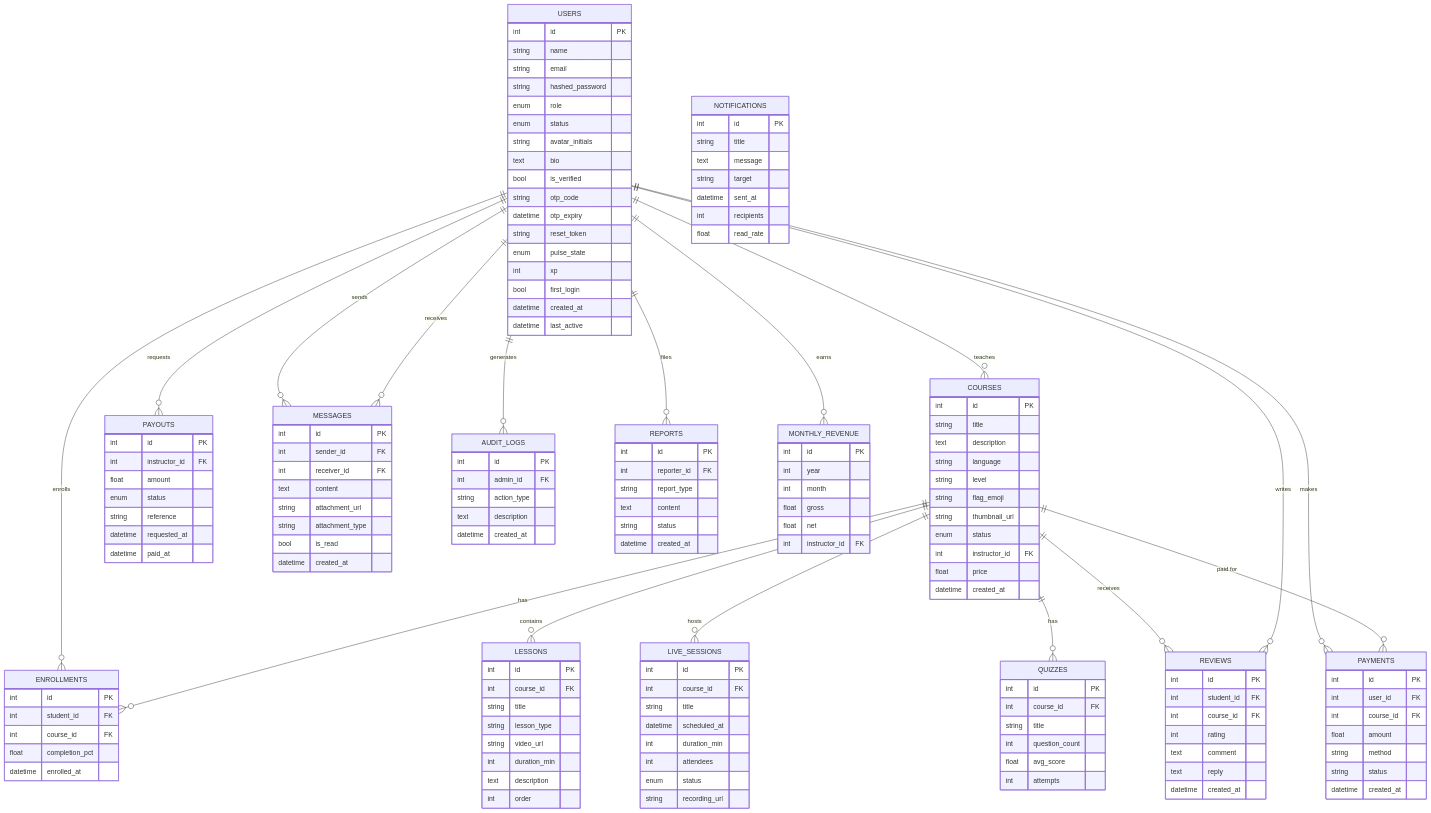
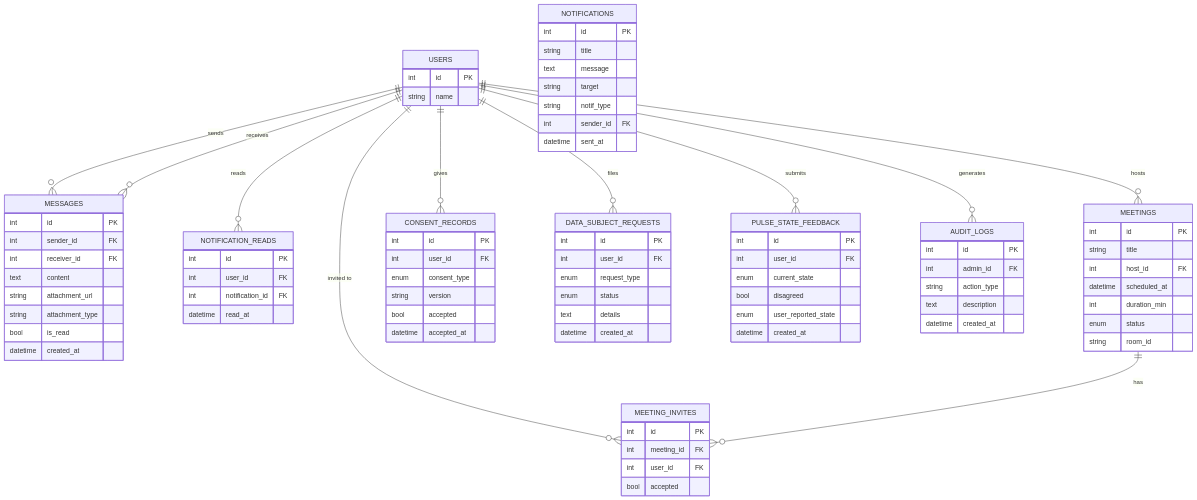
One commit to ngabo-dev/fluentfusion.v1 changed the seventh of 11 diagrams in DIAGRAMS.md. Above: the diagram before and after it, drawn with Mermaid. The commit also changed other lines of this file, not shown here.

Commit message:
docs: update all diagrams — new tables, Live Translation, split large diagrams for page fit

````diff
--- a/DIAGRAMS.md
+++ b/DIAGRAMS.md
@@ -207,94 +374,6 @@
     USERS {
         int id PK
         string name
-        string email
-        string hashed_password
-        enum role
-        enum status
-        string avatar_initials
-        text bio
-        bool is_verified
-        string otp_code
-        datetime otp_expiry
-        string reset_token
-        enum pulse_state
-        int xp
-        bool first_login
-        datetime created_at
-        datetime last_active
-    }
-
-    COURSES {
-        int id PK
-        string title
-        text description
-        string language
-        string level
-        string flag_emoji
-        string thumbnail_url
-        enum status
-        int instructor_id FK
-        float price
-        datetime created_at
-    }
-
-    LESSONS {
-        int id PK
-        int course_id FK
-        string title
-        string lesson_type
-        string video_url
-        int duration_min
-        text description
-        int order
-    }
-
-    ENROLLMENTS {
-        int id PK
-        int student_id FK
-        int course_id FK
-        float completion_pct
-        datetime enrolled_at
-    }
-
-    LIVE_SESSIONS {
-        int id PK
-        int course_id FK
-        string title
-        datetime scheduled_at
-        int duration_min
-        int attendees
-        enum status
-        string recording_url
-    }
-
-    QUIZZES {
-        int id PK
-        int course_id FK
-        string title
-        int question_count
-        float avg_score
-        int attempts
-    }
-
-    PAYMENTS {
-        int id PK
-        int user_id FK
-        int course_id FK
-        float amount
-        string method
-        string status
-        datetime created_at
-    }
-
-    PAYOUTS {
-        int id PK
-        int instructor_id FK
-        float amount
-        enum status
-        string reference
-        datetime requested_at
-        datetime paid_at
     }
 
     MESSAGES {
@@ -308,24 +387,65 @@
         datetime created_at
     }
 
-    REVIEWS {
-        int id PK
-        int student_id FK
-        int course_id FK
-        int rating
-        text comment
-        text reply
-        datetime created_at
-    }
-
     NOTIFICATIONS {
         int id PK
         string title
         text message
         string target
+        string notif_type
+        int sender_id FK
         datetime sent_at
-        int recipients
-        float read_rate
+    }
+
+    NOTIFICATION_READS {
+        int id PK
+        int user_id FK
+        int notification_id FK
+        datetime read_at
+    }
+
+    MEETINGS {
+        int id PK
+        string title
+        int host_id FK
+        datetime scheduled_at
+        int duration_min
+        enum status
+        string room_id
+    }
+
+    MEETING_INVITES {
+        int id PK
+        int meeting_id FK
+        int user_id FK
+        bool accepted
+    }
+
+    CONSENT_RECORDS {
+        int id PK
+        int user_id FK
+        enum consent_type
+        string version
+        bool accepted
+        datetime accepted_at
+    }
+
+    DATA_SUBJECT_REQUESTS {
+        int id PK
+        int user_id FK
+        enum request_type
+        enum status
+        text details
+        datetime created_at
+    }
+
+    PULSE_STATE_FEEDBACK {
+        int id PK
+        int user_id FK
+        enum current_state
+        bool disagreed
+        enum user_reported_state
+        datetime created_at
     }
 
     AUDIT_LOGS {
@@ -336,38 +456,14 @@
         datetime created_at
     }
 
-    REPORTS {
-        int id PK
-        int reporter_id FK
-        string report_type
-        text content
-        string status
-        datetime created_at
-    }
-
-    MONTHLY_REVENUE {
-        int id PK
-        int year
-        int month
-        float gross
-        float net
-        int instructor_id FK
-    }
-
-    USERS ||--o{ COURSES : "teaches"
-    USERS ||--o{ ENROLLMENTS : "enrolls"
-    COURSES ||--o{ ENROLLMENTS : "has"
-    COURSES ||--o{ LESSONS : "contains"
-    COURSES ||--o{ LIVE_SESSIONS : "hosts"
-    COURSES ||--o{ QUIZZES : "has"
-    COURSES ||--o{ REVIEWS : "receives"
-    USERS ||--o{ PAYMENTS : "makes"
-    COURSES ||--o{ PAYMENTS : "paid for"
-    USERS ||--o{ PAYOUTS : "requests"
     USERS ||--o{ MESSAGES : "sends"
     USERS ||--o{ MESSAGES : "receives"
-    USERS ||--o{ REVIEWS : "writes"
+    USERS ||--o{ NOTIFICATION_READS : "reads"
+    USERS ||--o{ MEETINGS : "hosts"
+    USERS ||--o{ MEETING_INVITES : "invited to"
+    MEETINGS ||--o{ MEETING_INVITES : "has"
+    USERS ||--o{ CONSENT_RECORDS : "gives"
+    USERS ||--o{ DATA_SUBJECT_REQUESTS : "files"
+    USERS ||--o{ PULSE_STATE_FEEDBACK : "submits"
     USERS ||--o{ AUDIT_LOGS : "generates"
-    USERS ||--o{ REPORTS : "files"
-    USERS ||--o{ MONTHLY_REVENUE : "earns"
 ```
````
